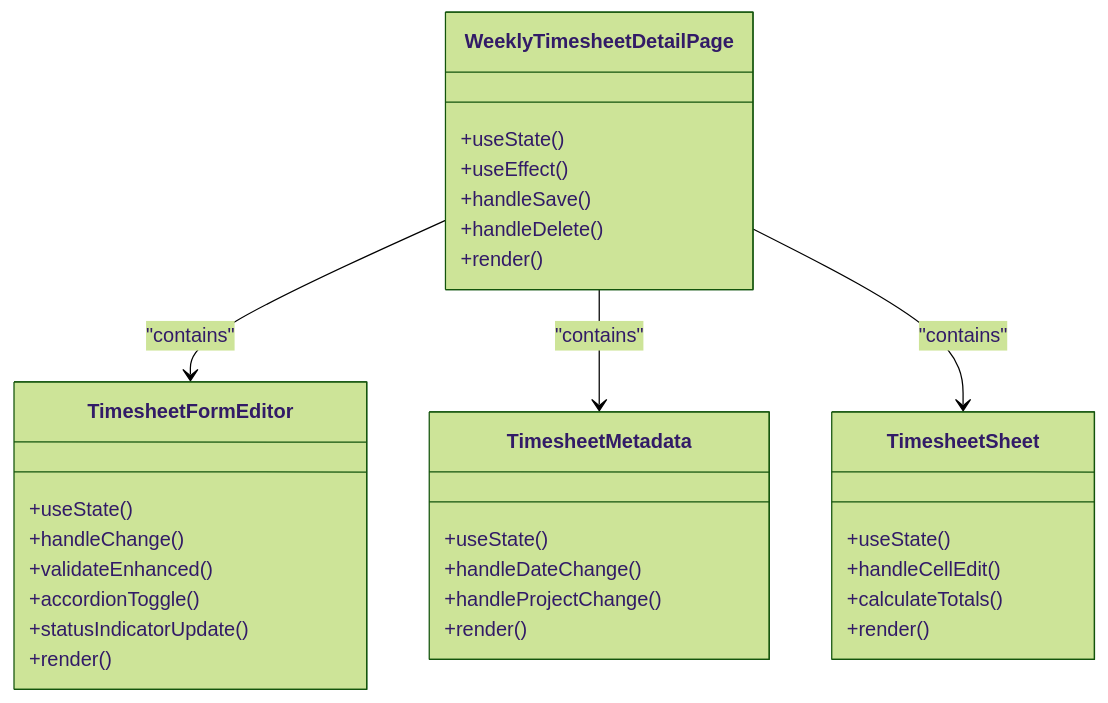
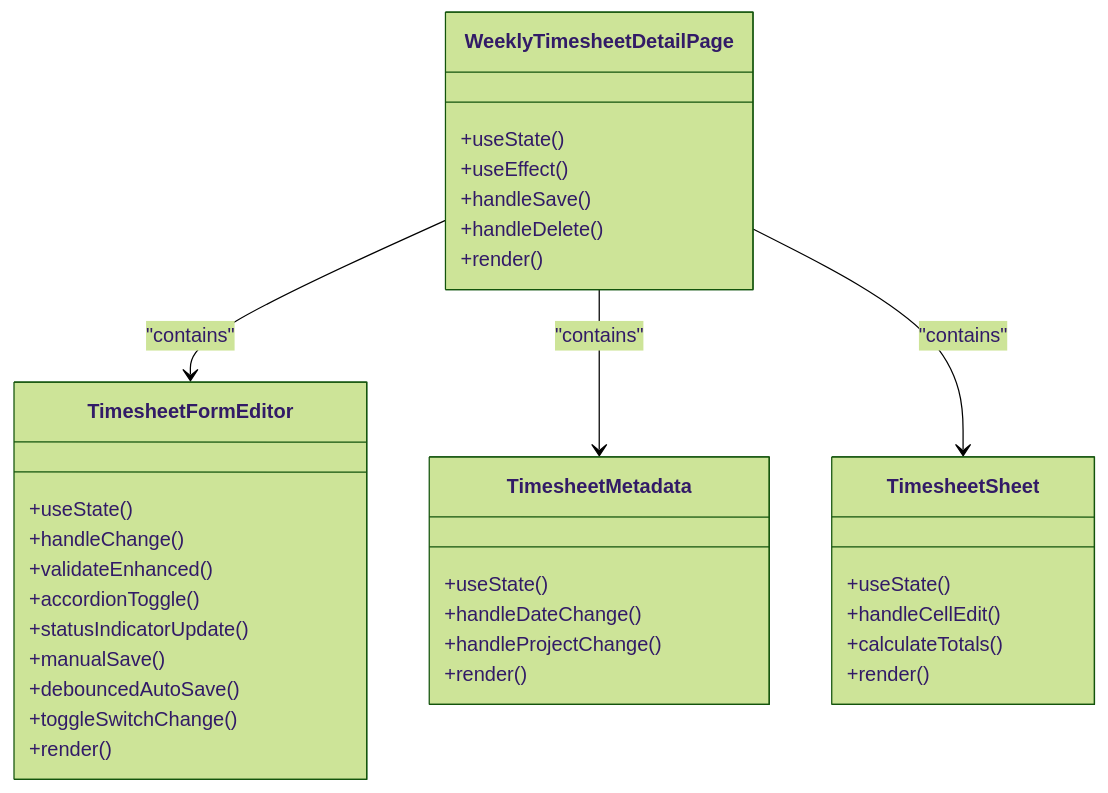
The third of 6 diagrams in .qoder/repowiki/en/content/Arquitetura Frontend/Timesheet Semanal - Interface Frontend.md (RobertRuas/windlog), drawn with Mermaid (forest theme) before and after one commit. The commit also changed other lines of this file and 87 other files, not shown here.

````diff
--- a/.qoder/repowiki/en/content/Arquitetura Frontend/Timesheet Semanal - Interface Frontend.md
+++ b/.qoder/repowiki/en/content/Arquitetura Frontend/Timesheet Semanal - Interface Frontend.md
@@ -165,33 +165,36 @@
 ```mermaid
 classDiagram
 class WeeklyTimesheetDetailPage {
 +useState()
 +useEffect()
 +handleSave()
 +handleDelete()
 +render()
 }
 class TimesheetFormEditor {
 +useState()
 +handleChange()
 +validateEnhanced()
 +accordionToggle()
 +statusIndicatorUpdate()
++manualSave()
++debouncedAutoSave()
++toggleSwitchChange()
 +render()
 }
 class TimesheetMetadata {
 +useState()
 +handleDateChange()
 +handleProjectChange()
 +render()
 }
 class TimesheetSheet {
 +useState()
 +handleCellEdit()
 +calculateTotals()
 +render()
 }
 WeeklyTimesheetDetailPage --> TimesheetFormEditor : "contains"
 WeeklyTimesheetDetailPage --> TimesheetMetadata : "contains"
 WeeklyTimesheetDetailPage --> TimesheetSheet : "contains"
 ```
````
